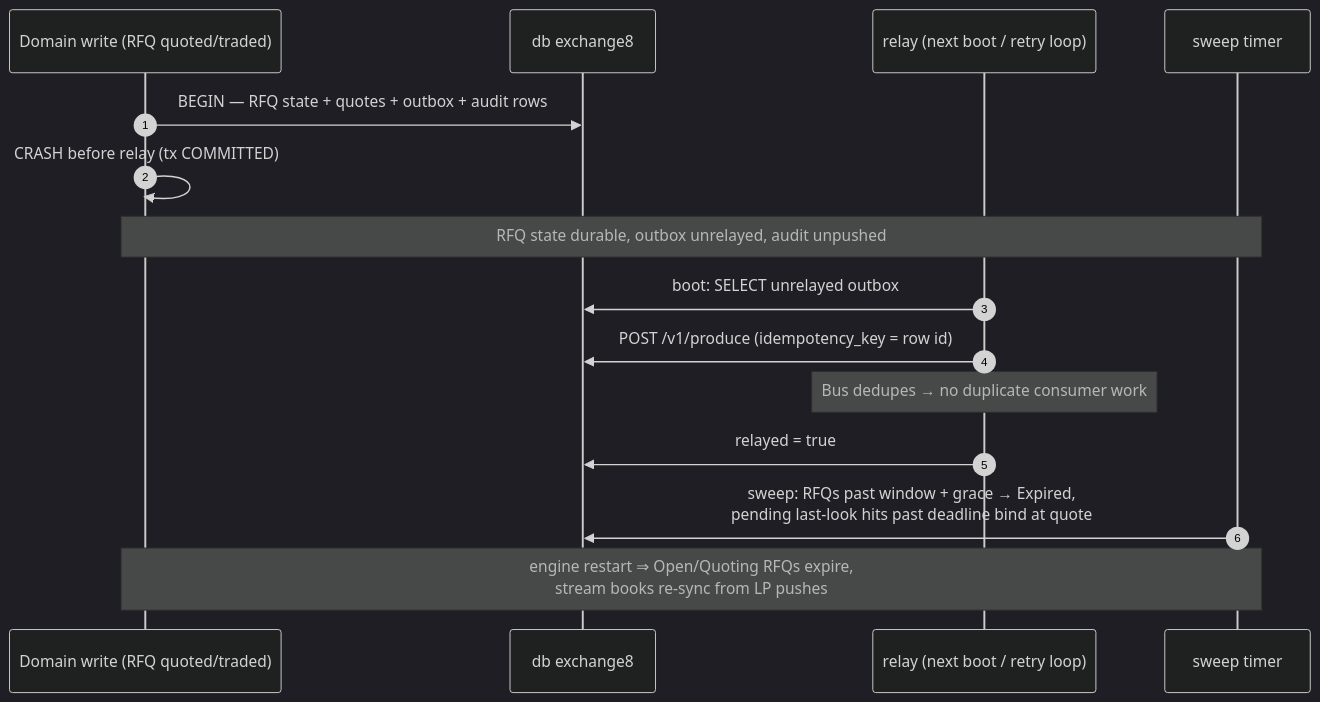
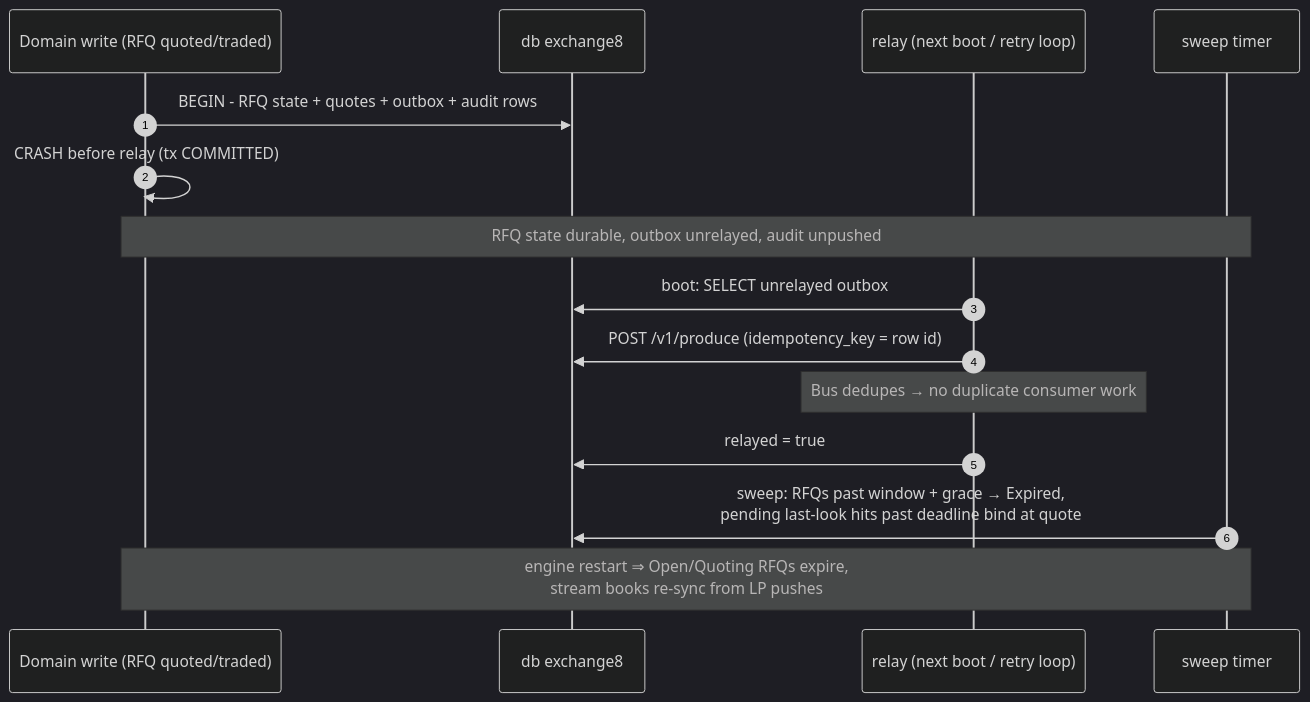
Before and after one commit to Exchange8-dev/exchange8-rfq: diagram 14 of 16 in DESIGN.md, drawn with Mermaid (dark theme). The commit also changed other lines of this file and 15 other files, not shown here.

````diff
--- a/DESIGN.md
+++ b/DESIGN.md
@@ -581,18 +581,18 @@
 ```mermaid
 sequenceDiagram
     autonumber
     participant W as Domain write (RFQ quoted/traded)
     participant DB as db exchange8
     participant R as relay (next boot / retry loop)
     participant SW as sweep timer
 
-    W->>DB: BEGIN — RFQ state + quotes + outbox + audit rows
+    W->>DB: BEGIN - RFQ state + quotes + outbox + audit rows
     W->>W: CRASH before relay (tx COMMITTED)
     Note over W,SW: RFQ state durable, outbox unrelayed, audit unpushed
     R->>DB: boot: SELECT unrelayed outbox
     R->>DB: POST /v1/produce (idempotency_key = row id)
     Note over R: Bus dedupes → no duplicate consumer work
     R->>DB: relayed = true
     SW->>DB: sweep: RFQs past window + grace → Expired,<br/>pending last-look hits past deadline bind at quote
     Note over W,SW: engine restart ⇒ Open/Quoting RFQs expire,<br/>stream books re-sync from LP pushes
 ```
````
